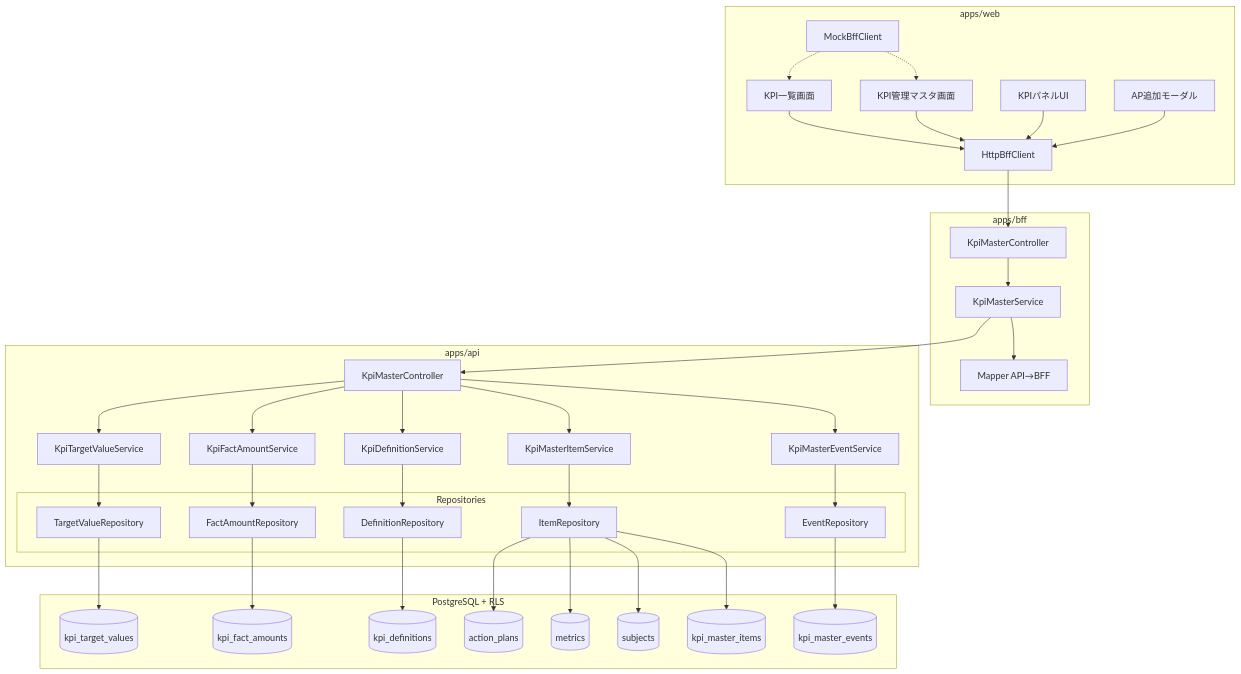
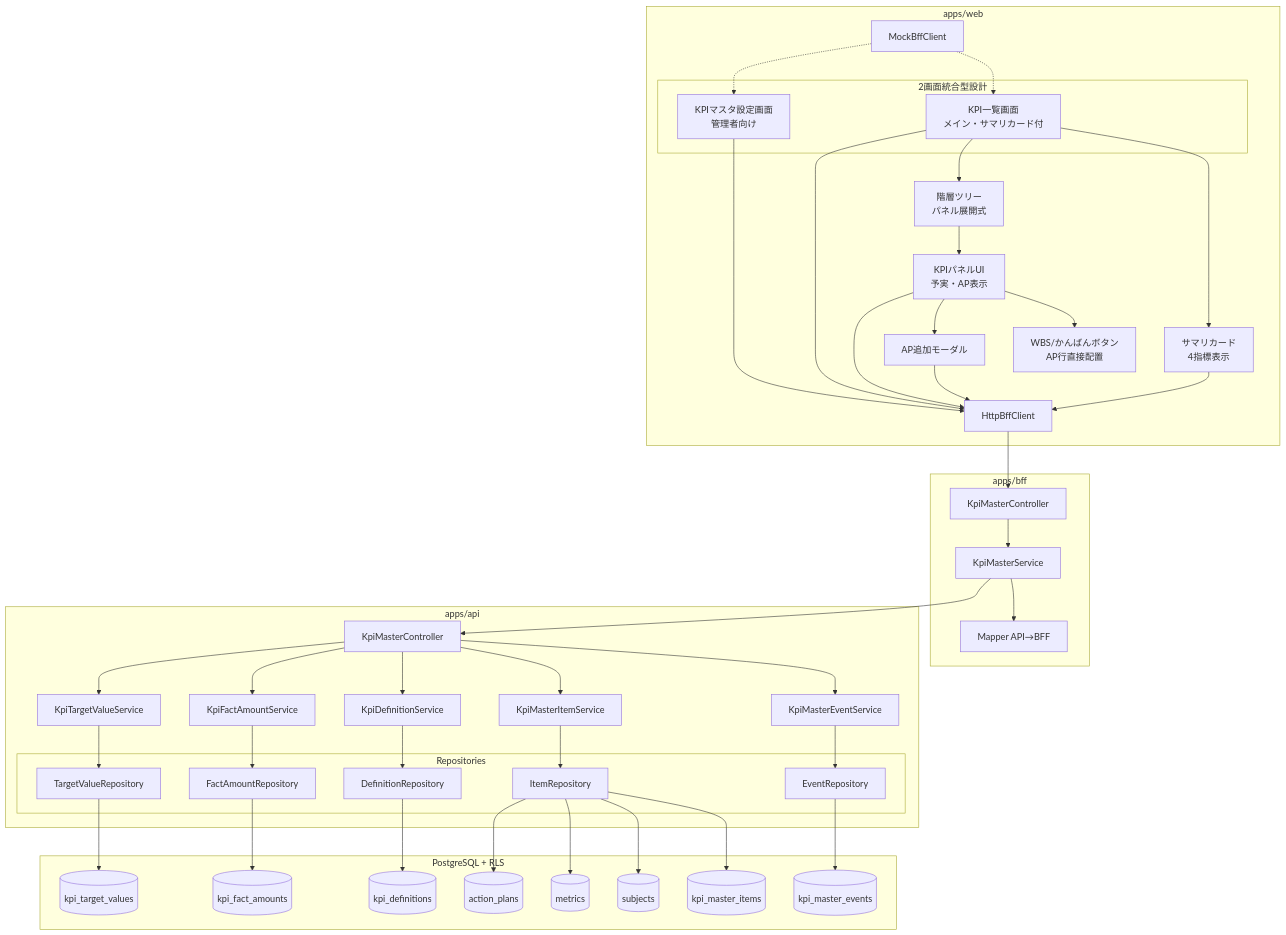
Before and after one commit to tkrrrrkt/EPM-UIMOCK: the fifth of 5 diagrams in .kiro/specs/kpi/kpi-master/design.md, drawn with Mermaid. The commit also changed other lines of this file and 1187 other files, not shown here.

````diff
--- a/.kiro/specs/kpi/kpi-master/design.md
+++ b/.kiro/specs/kpi/kpi-master/design.md
@@ -848,10 +917,15 @@
 ```mermaid
 graph TB
     subgraph "apps/web"
-        UI_Master[KPI管理マスタ画面]
-        UI_List[KPI一覧画面]
-        UI_Panel[KPIパネルUI]
+        subgraph "2画面統合型設計"
+            UI_List[KPI一覧画面<br/>メイン・サマリカード付]
+            UI_Master[KPIマスタ設定画面<br/>管理者向け]
+        end
+        UI_Summary[サマリカード<br/>4指標表示]
+        UI_Tree[階層ツリー<br/>パネル展開式]
+        UI_Panel[KPIパネルUI<br/>予実・AP表示]
         UI_Modal[AP追加モーダル]
+        UI_WBS[WBS/かんばんボタン<br/>AP行直接配置]
         MockClient[MockBffClient]
         HttpClient[HttpBffClient]
     end
@@ -890,12 +964,18 @@
         DB_ActionPlans[(action_plans)]
     end
 
+    UI_List --> UI_Summary
+    UI_List --> UI_Tree
+    UI_Tree --> UI_Panel
+    UI_Panel --> UI_WBS
+    UI_Panel --> UI_Modal
+    UI_List --> HttpClient
     UI_Master --> HttpClient
-    UI_List --> HttpClient
+    UI_Summary --> HttpClient
     UI_Panel --> HttpClient
     UI_Modal --> HttpClient
+    MockClient -.-> UI_List
     MockClient -.-> UI_Master
-    MockClient -.-> UI_List
 
     HttpClient --> BFF_Controller
     BFF_Controller --> BFF_Service
````
